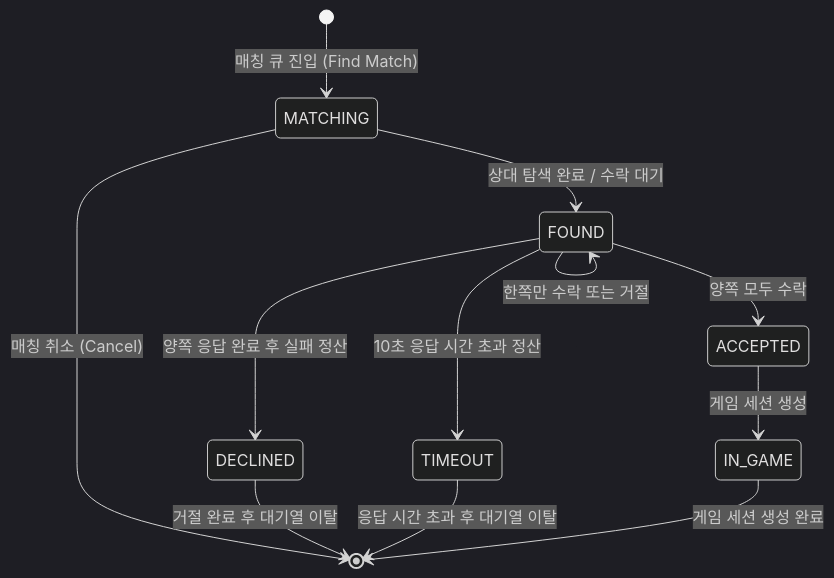
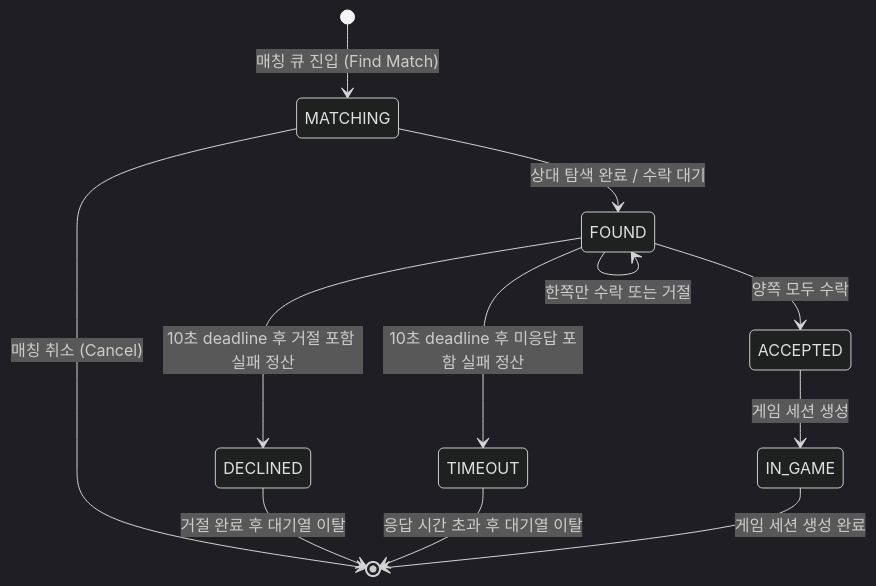
The second of 11 diagrams in docs/project/domain status.md (moonwhistle/League-of-Star), drawn with Mermaid (dark theme) before and after one commit. The commit also changed other lines of this file and 161 other files, not shown here.

````diff
--- a/docs/project/domain status.md
+++ b/docs/project/domain status.md
@@ -30,17 +30,17 @@
 ```mermaid
 stateDiagram-v2
     [*] --> MATCHING: 매칭 큐 진입 (Find Match)
     MATCHING --> [*]: 매칭 취소 (Cancel)
     MATCHING --> FOUND: 상대 탐색 완료 / 수락 대기
 
     FOUND --> FOUND: 한쪽만 수락 또는 거절
     FOUND --> ACCEPTED: 양쪽 모두 수락
-    FOUND --> DECLINED: 양쪽 응답 완료 후 실패 정산
-    FOUND --> TIMEOUT: 10초 응답 시간 초과 정산
+    FOUND --> DECLINED: 10초 deadline 후 거절 포함 실패 정산
+    FOUND --> TIMEOUT: 10초 deadline 후 미응답 포함 실패 정산
 
     ACCEPTED --> IN_GAME: 게임 세션 생성
     DECLINED --> [*]: 거절 완료 후 대기열 이탈
     TIMEOUT --> [*]: 응답 시간 초과 후 대기열 이탈
 
     IN_GAME --> [*]: 게임 세션 생성 완료
 ```
````
